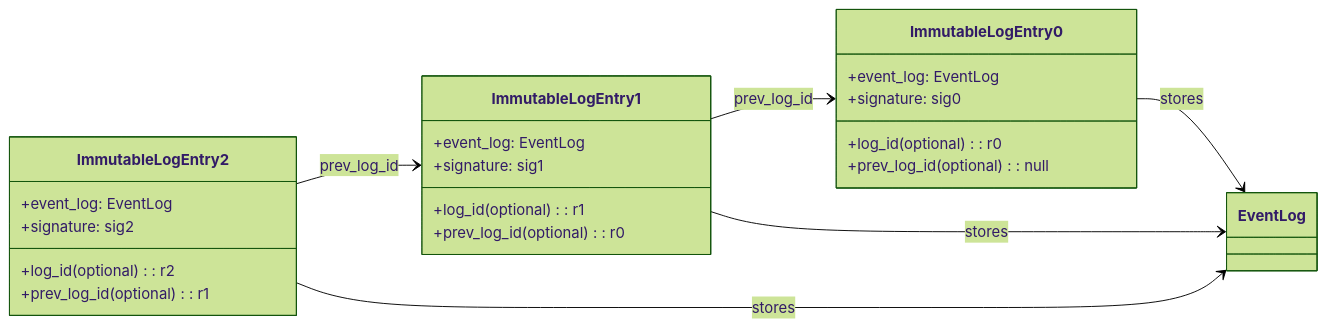
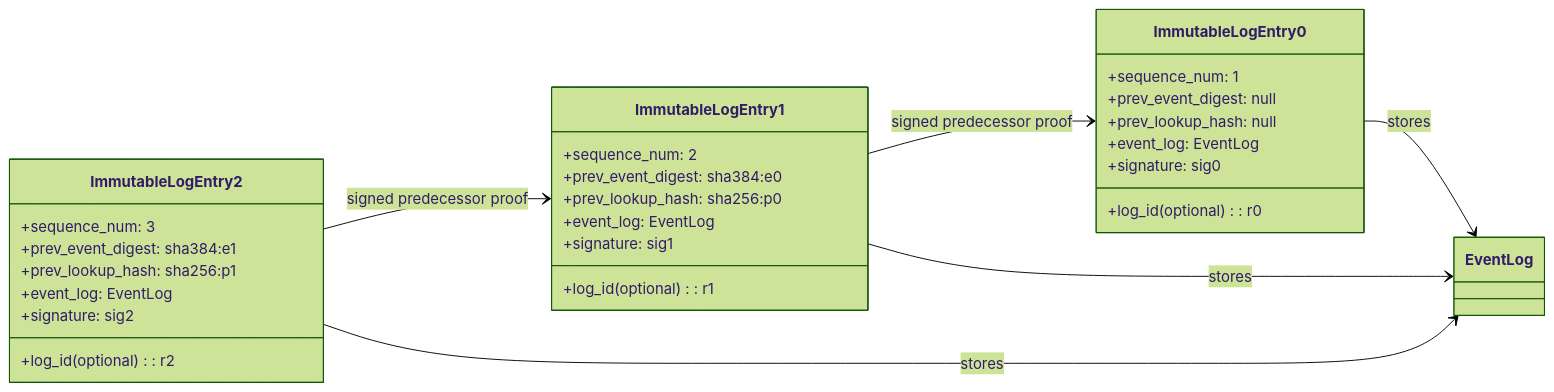
One commit to intel/confidential-computing-zoo changed the diagram in docs/trusted-log/README.md. Above: the diagram before and after it, drawn with Mermaid (forest theme). The commit also changed other lines of this file and 100 other files, not shown here.

````diff
--- a/docs/trusted-log/README.md
+++ b/docs/trusted-log/README.md
@@ -37,33 +37,39 @@
 ```mermaid
 classDiagram
     direction LR
 
     class ImmutableLogEntry0 {
         +log_id(optional): r0
-        +prev_log_id(optional): null
+        +sequence_num: 1
+        +prev_event_digest: null
+        +prev_lookup_hash: null
         +event_log: EventLog
         +signature: sig0
     }
 
     class ImmutableLogEntry1 {
         +log_id(optional): r1
-        +prev_log_id(optional): r0
+        +sequence_num: 2
+        +prev_event_digest: sha384:e0
+        +prev_lookup_hash: sha256:p0
         +event_log: EventLog
         +signature: sig1
     }
 
     class ImmutableLogEntry2 {
         +log_id(optional): r2
-        +prev_log_id(optional): r1
+        +sequence_num: 3
+        +prev_event_digest: sha384:e1
+        +prev_lookup_hash: sha256:p1
         +event_log: EventLog
         +signature: sig2
     }
 
     ImmutableLogEntry0 --> EventLog : stores
     ImmutableLogEntry1 --> EventLog : stores
     ImmutableLogEntry2 --> EventLog : stores
 
-    ImmutableLogEntry1 --> ImmutableLogEntry0 : prev_log_id
-    ImmutableLogEntry2 --> ImmutableLogEntry1 : prev_log_id
+    ImmutableLogEntry1 --> ImmutableLogEntry0 : signed predecessor proof
+    ImmutableLogEntry2 --> ImmutableLogEntry1 : signed predecessor proof
 
 ```
````
